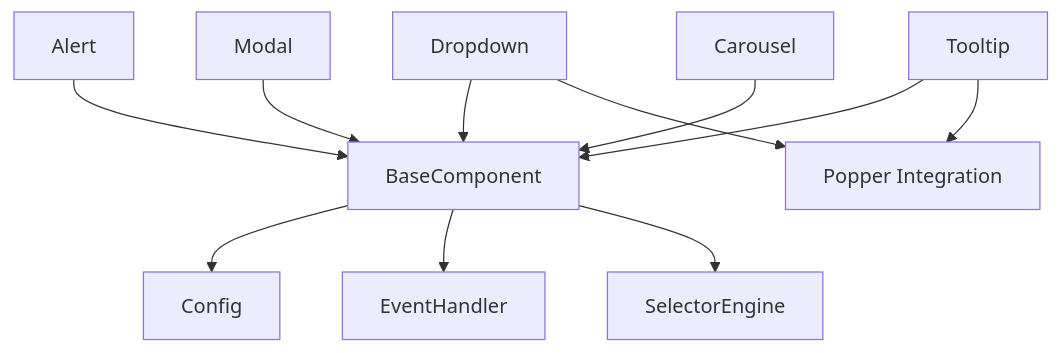
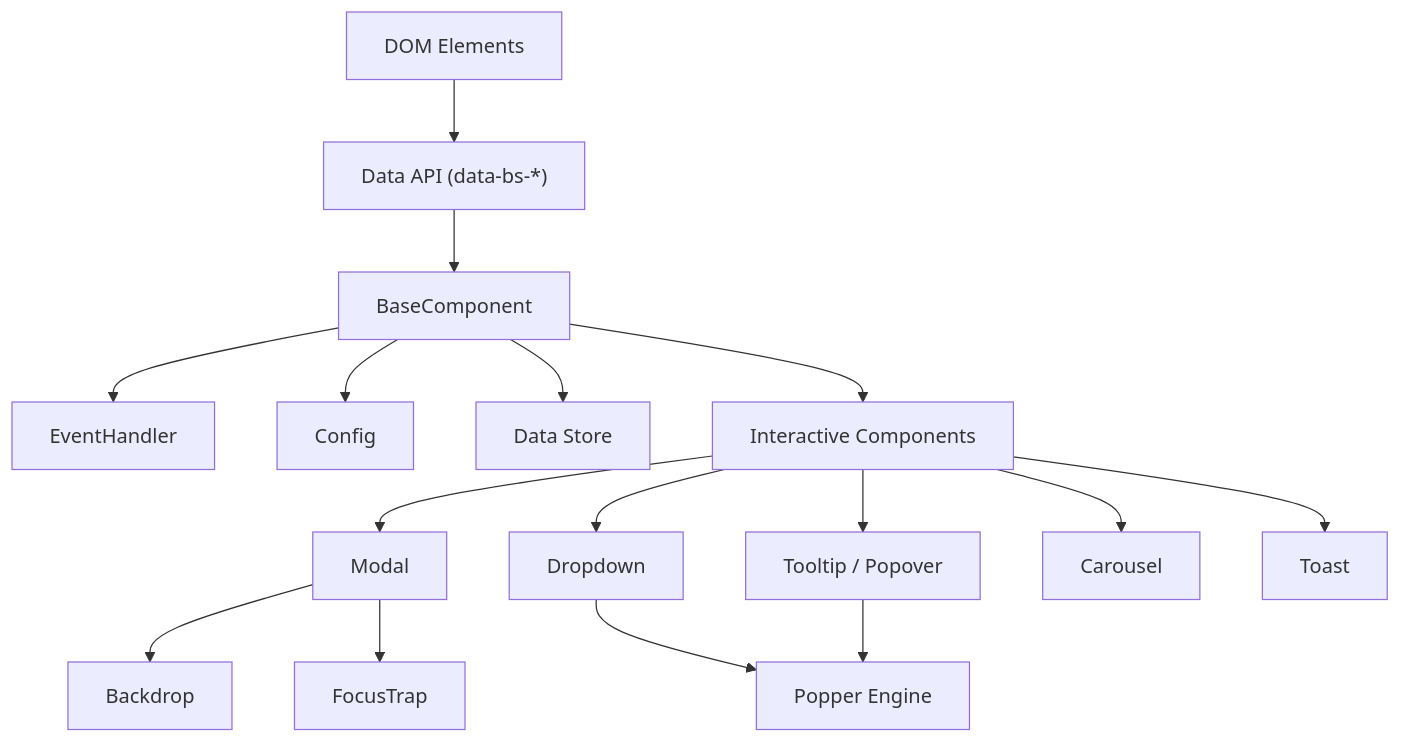
The first of 8 diagrams in docs/reference/architecture/bootstrap-components/bootstrap-components.md (Ylianst/MeshCentral), drawn with Mermaid before and after one commit. The commit also changed other lines of this file and 642 other files, not shown here.

````diff
--- a/docs/reference/architecture/bootstrap-components/bootstrap-components.md
+++ b/docs/reference/architecture/bootstrap-components/bootstrap-components.md
@@ -52,27 +26,21 @@
 ```mermaid
 flowchart TD
-    BaseComponent["BaseComponent"]
-    Config["Config"]
-    EventHandler["EventHandler"]
-    SelectorEngine["SelectorEngine"]
-    PopperEngine["Popper Integration"]
+    A["DOM Elements"] --> B["Data API (data-bs-*)"]
+    B --> C["BaseComponent"]
+    C --> D["EventHandler"]
+    C --> E["Config"]
+    C --> F["Data Store"]
 
-    Alert["Alert"]
-    Modal["Modal"]
-    Dropdown["Dropdown"]
-    Tooltip["Tooltip"]
-    Carousel["Carousel"]
+    C --> G["Interactive Components"]
+    G --> H["Modal"]
+    G --> I["Dropdown"]
+    G --> J["Tooltip / Popover"]
+    G --> K["Carousel"]
+    G --> L["Toast"]
 
-    BaseComponent --> Config
-    Alert --> BaseComponent
-    Modal --> BaseComponent
-    Dropdown --> BaseComponent
-    Tooltip --> BaseComponent
-    Carousel --> BaseComponent
+    I --> M["Popper Engine"]
+    J --> M
 
-    Dropdown --> PopperEngine
-    Tooltip --> PopperEngine
-
-    BaseComponent --> EventHandler
-    BaseComponent --> SelectorEngine
+    H --> N["Backdrop"]
+    H --> O["FocusTrap"]
 ```
````
